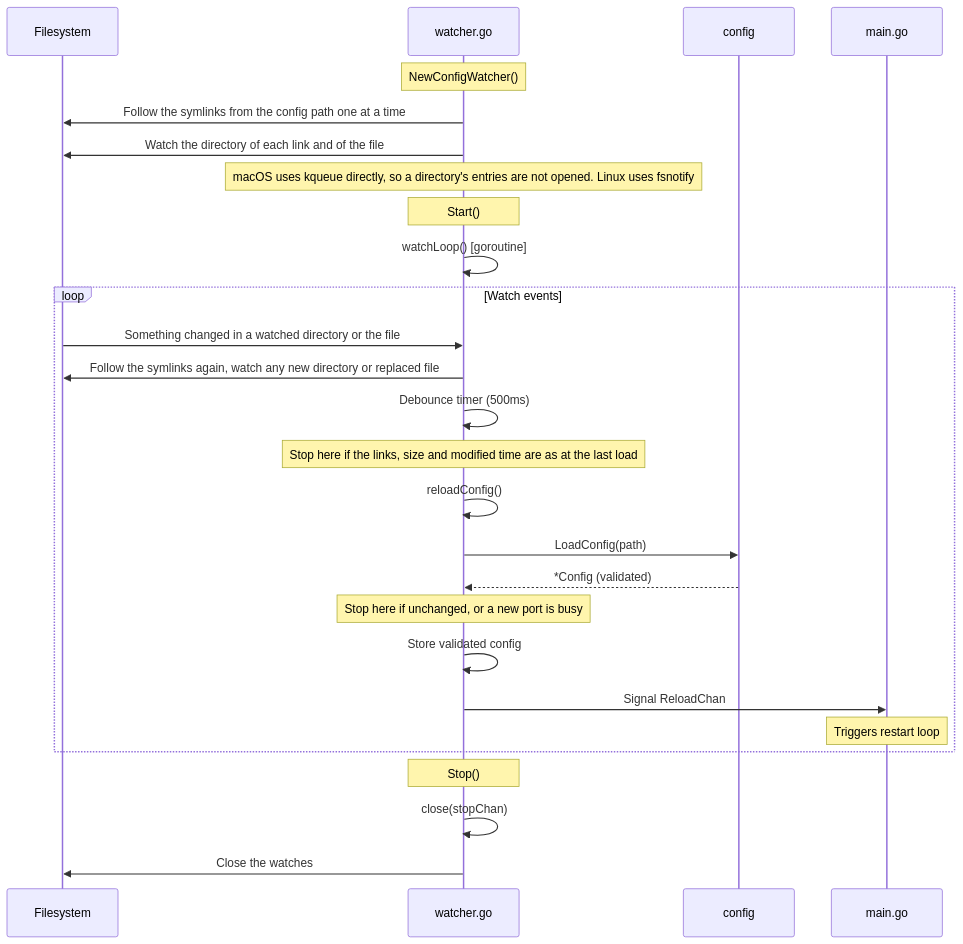
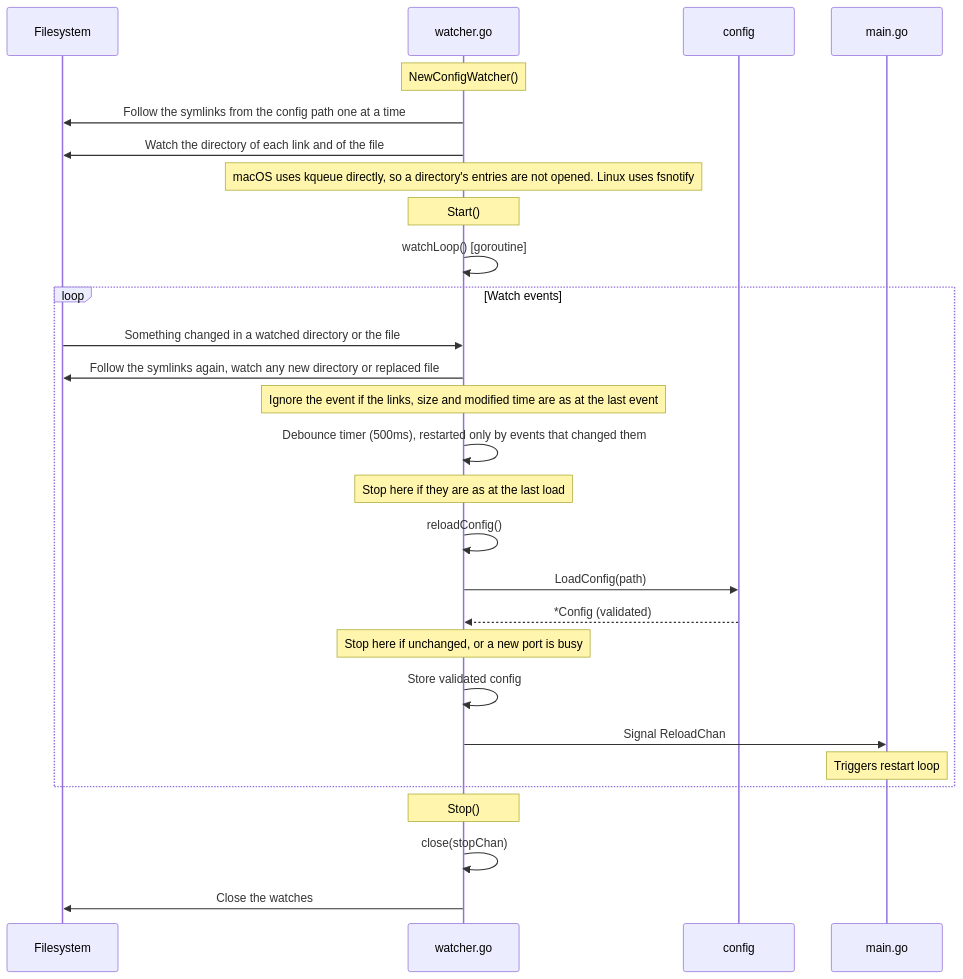
The tenth of 11 diagrams in internal/README.md (atas/autotunnel), drawn with Mermaid before and after one commit. The commit also changed 4 other files, not shown here.

````diff
--- a/internal/README.md
+++ b/internal/README.md
@@ -430,35 +430,36 @@
 ```mermaid
 sequenceDiagram
     participant fs as Filesystem
     participant w as watcher.go
     participant cfg as config
     participant main as main.go
 
     Note over w: NewConfigWatcher()
     w->>fs: Follow the symlinks from the config path one at a time
     w->>fs: Watch the directory of each link and of the file
     Note over w: macOS uses kqueue directly, so a directory's entries are not opened. Linux uses fsnotify
 
     Note over w: Start()
     w->>w: watchLoop() [goroutine]
 
     loop Watch events
         fs->>w: Something changed in a watched directory or the file
         w->>fs: Follow the symlinks again, watch any new directory or replaced file
 
-        w->>w: Debounce timer (500ms)
-        Note over w: Stop here if the links, size and modified time are as at the last load
+        Note over w: Ignore the event if the links, size and modified time are as at the last event
+        w->>w: Debounce timer (500ms), restarted only by events that changed them
+        Note over w: Stop here if they are as at the last load
         w->>w: reloadConfig()
         w->>cfg: LoadConfig(path)
         cfg-->>w: *Config (validated)
 
         Note over w: Stop here if unchanged, or a new port is busy
         w->>w: Store validated config
         w->>main: Signal ReloadChan
         Note over main: Triggers restart loop
     end
 
     Note over w: Stop()
     w->>w: close(stopChan)
     w->>fs: Close the watches
 ```
````
